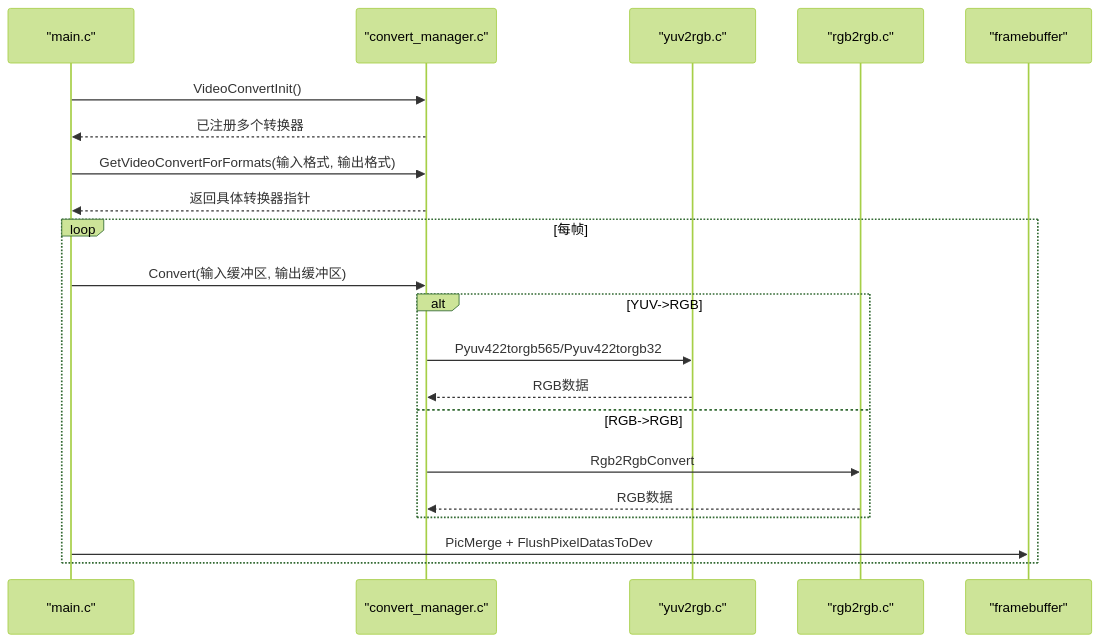
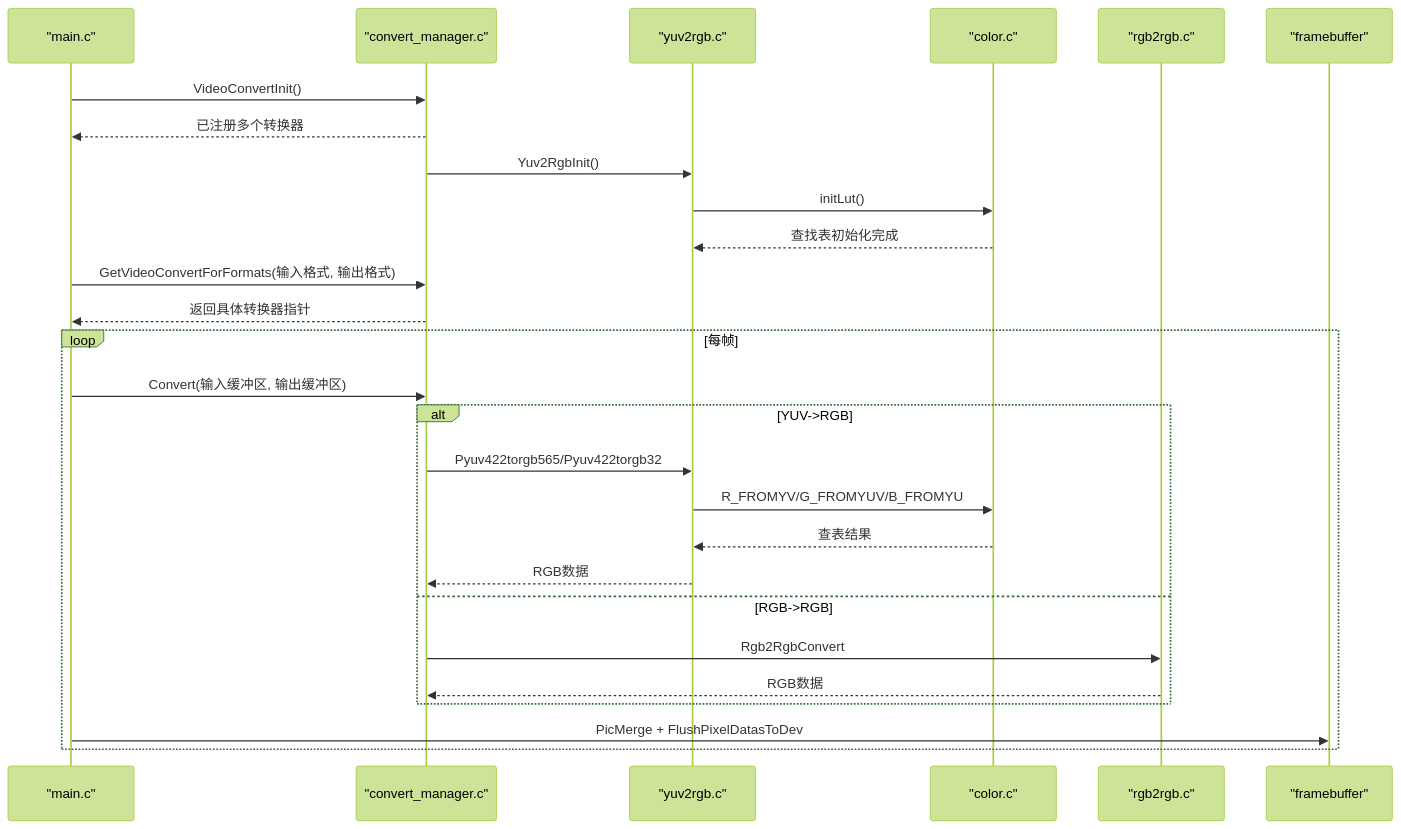
One commit to yhzpy/myLinuxCamera changed the second of 6 diagrams in .qoder/repowiki/zh/content/格式转换系统/YUV到RGB转换.md. Above: the diagram before and after it, drawn with Mermaid (forest theme). The commit also changed other lines of this file and 17 other files, not shown here.

````diff
--- a/.qoder/repowiki/zh/content/格式转换系统/YUV到RGB转换.md
+++ b/.qoder/repowiki/zh/content/格式转换系统/YUV到RGB转换.md
@@ -89,23 +105,29 @@
 ```mermaid
 sequenceDiagram
 participant Main as "main.c"
 participant CM as "convert_manager.c"
 participant Y2R as "yuv2rgb.c"
+participant LUT as "color.c"
 participant R2R as "rgb2rgb.c"
 participant FB as "framebuffer"
 Main->>CM : VideoConvertInit()
 CM-->>Main : 已注册多个转换器
+CM->>Y2R : Yuv2RgbInit()
+Y2R->>LUT : initLut()
+LUT-->>Y2R : 查找表初始化完成
 Main->>CM : GetVideoConvertForFormats(输入格式, 输出格式)
 CM-->>Main : 返回具体转换器指针
 loop 每帧
 Main->>CM : Convert(输入缓冲区, 输出缓冲区)
 alt YUV->RGB
 CM->>Y2R : Pyuv422torgb565/Pyuv422torgb32
+Y2R->>LUT : R_FROMYV/G_FROMYUV/B_FROMYU
+LUT-->>Y2R : 查表结果
 Y2R-->>CM : RGB数据
 else RGB->RGB
 CM->>R2R : Rgb2RgbConvert
 R2R-->>CM : RGB数据
 end
 Main->>FB : PicMerge + FlushPixelDatasToDev
 end
 ```
````
